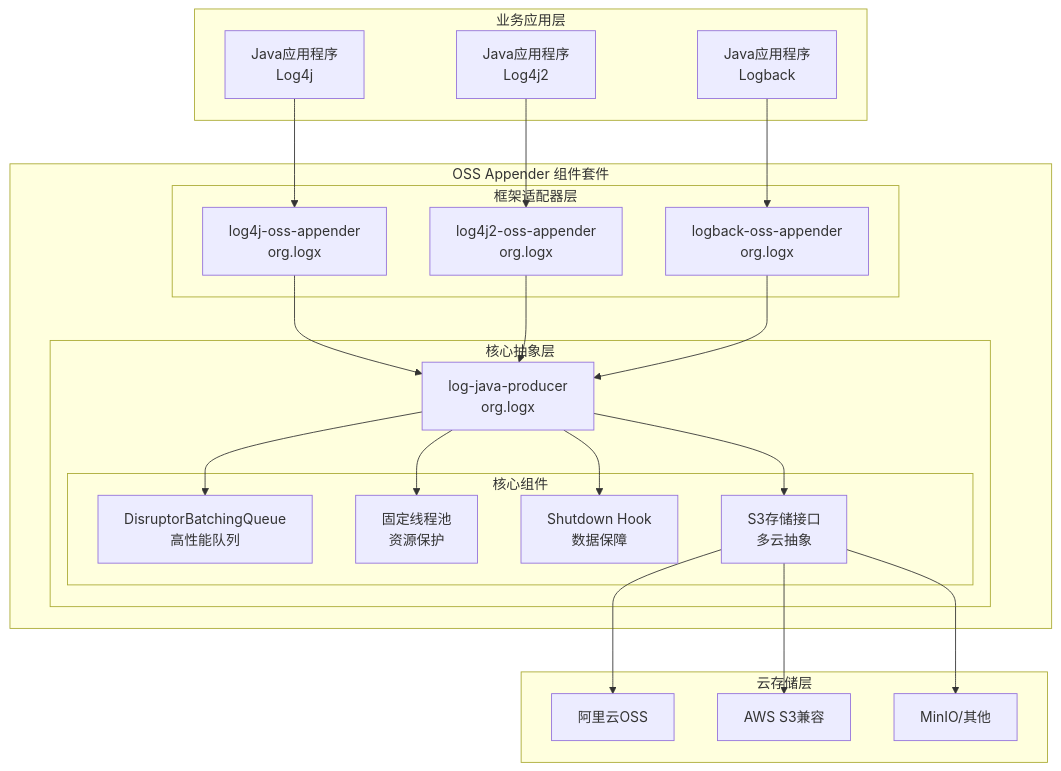
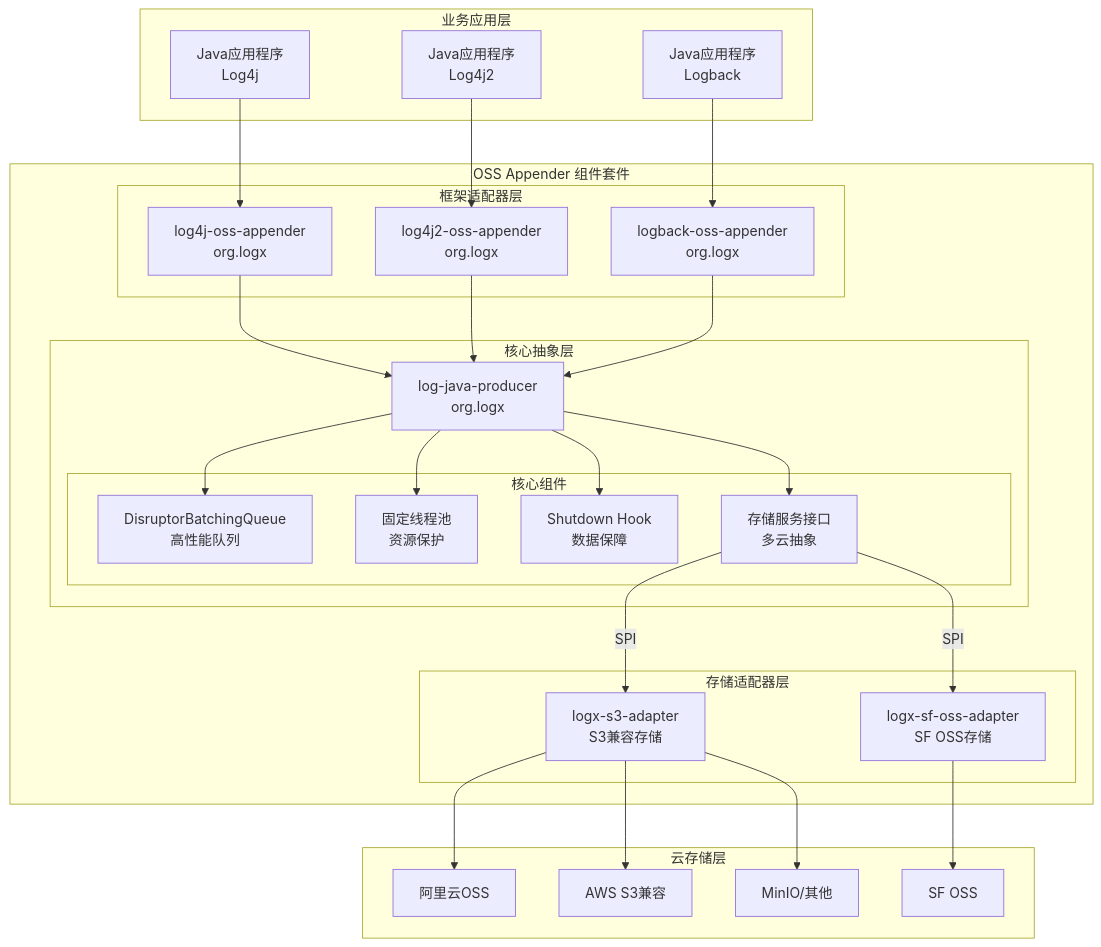
Before and after one commit to kzy77/logx-oss-appender: the first of 4 diagrams in docs/architecture.md, drawn with Mermaid. The commit also changed other lines of this file and 52 other files, not shown here.

````diff
--- a/docs/architecture.md
+++ b/docs/architecture.md
@@ -53,49 +59,59 @@
 ```mermaid
 graph TB
     subgraph "业务应用层"
         APP1[Java应用程序<br/>Log4j]
         APP2[Java应用程序<br/>Log4j2]
         APP3[Java应用程序<br/>Logback]
     end
 
     subgraph "OSS Appender 组件套件"
         subgraph "框架适配器层"
             L4J[log4j-oss-appender<br/>org.logx]
             L4J2[log4j2-oss-appender<br/>org.logx]
             LB[logback-oss-appender<br/>org.logx]
         end
 
         subgraph "核心抽象层"
             LP[log-java-producer<br/>org.logx]
             subgraph "核心组件"
                 DQ[DisruptorBatchingQueue<br/>高性能队列]
                 TP[固定线程池<br/>资源保护]
                 SH[Shutdown Hook<br/>数据保障]
-                S3[S3存储接口<br/>多云抽象]
+                SS[存储服务接口<br/>多云抽象]
             end
+        end
+        
+        subgraph "存储适配器层"
+            S3A[logx-s3-adapter<br/>S3兼容存储]
+            SFOA[logx-sf-oss-adapter<br/>SF OSS存储]
         end
     end
 
     subgraph "云存储层"
         OSS[阿里云OSS]
         S3C[AWS S3兼容]
         MIN[MinIO/其他]
+        SFO[SF OSS]
     end
 
     APP1 --> L4J
     APP2 --> L4J2
     APP3 --> LB
 
     L4J --> LP
     L4J2 --> LP
     LB --> LP
 
     LP --> DQ
     LP --> TP
     LP --> SH
-    LP --> S3
+    LP --> SS
 
-    S3 --> OSS
-    S3 --> S3C
-    S3 --> MIN
+    SS -- SPI --> S3A
+    SS -- SPI --> SFOA
+
+    S3A --> OSS
+    S3A --> S3C
+    S3A --> MIN
+    SFOA --> SFO
 ```
````
